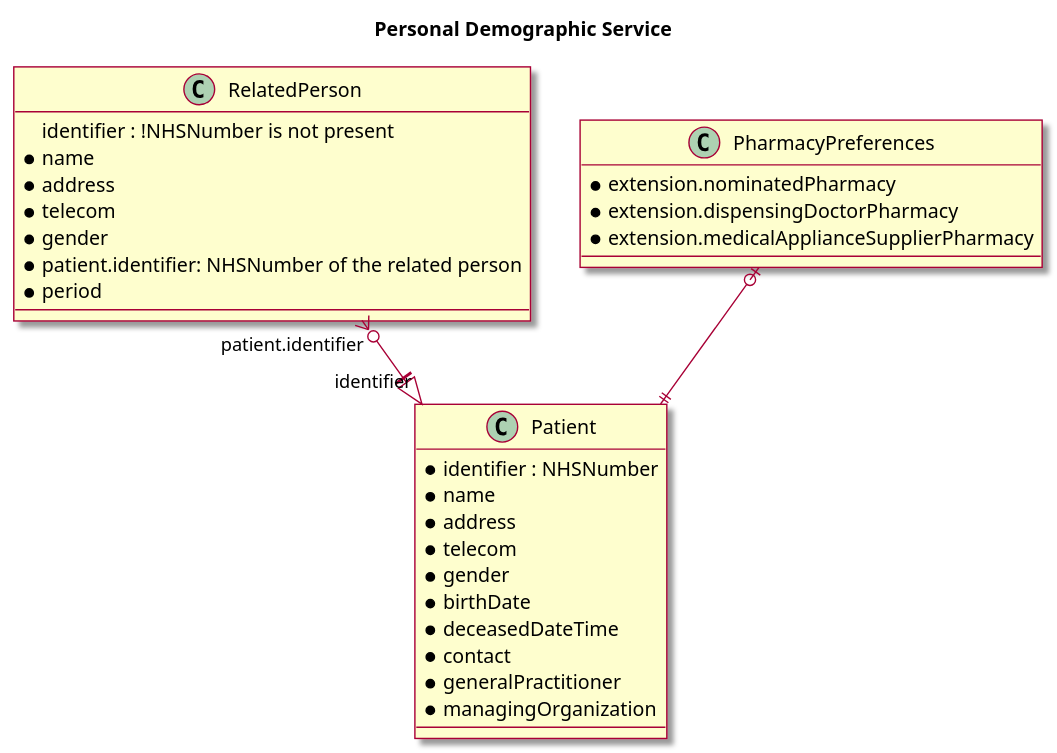
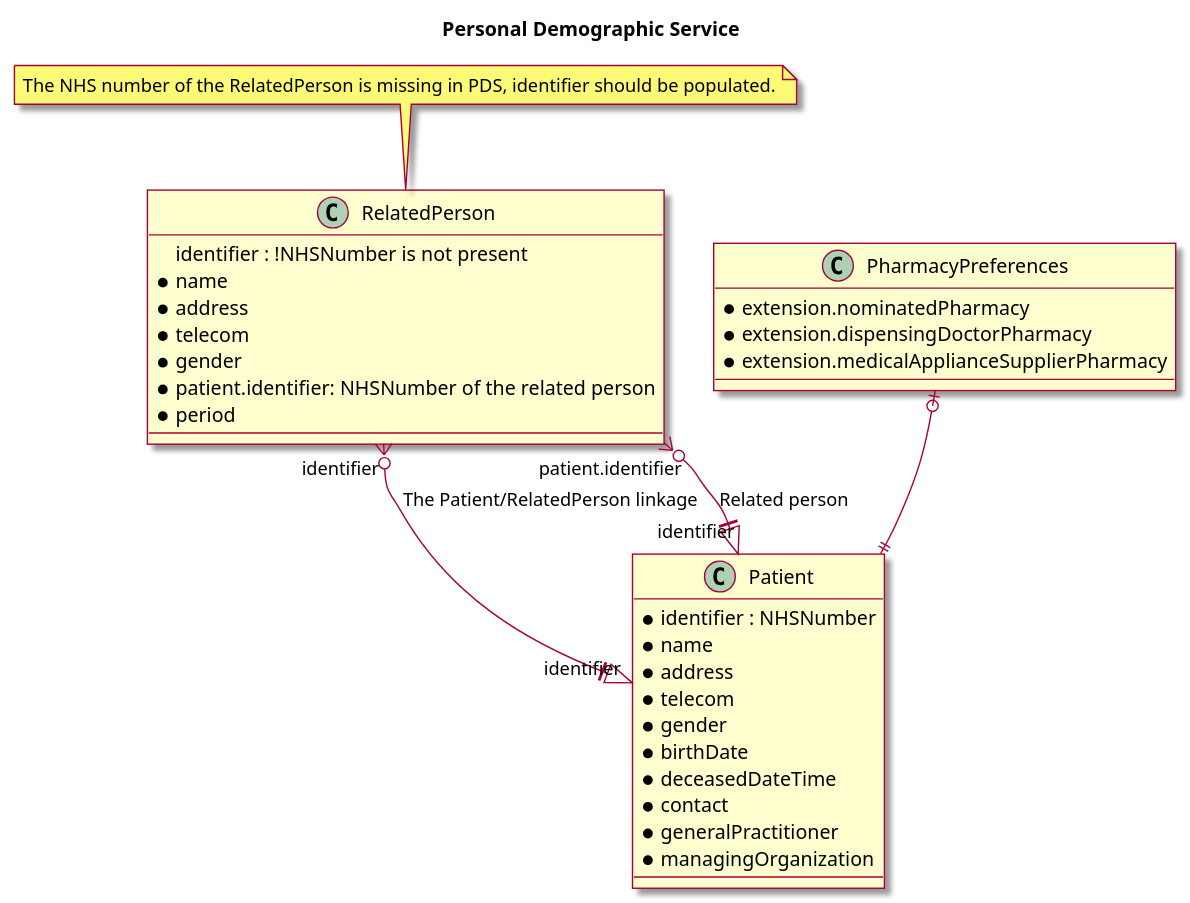
Before and after one commit to NHSDigital/interoperability-standards-documentation: the diagram in input/images-source/personal-demographic-service-relationship.plantuml, drawn with PlantUML.

Commit message:
PDS entity diagram

```diff
--- a/input/images-source/personal-demographic-service-relationship.plantuml
+++ b/input/images-source/personal-demographic-service-relationship.plantuml
@@ -1,39 +1,44 @@
 @startuml
 
 skin rose
 
 title Personal Demographic Service
 
 class Patient {
   * identifier : NHSNumber
   * name
   * address
   * telecom
   * gender
   * birthDate
   * deceasedDateTime
   * contact
   * generalPractitioner
   * managingOrganization
 }
 
 class RelatedPerson {
   identifier : !NHSNumber is not present
   * name
   * address
   * telecom
   * gender
   * patient.identifier: NHSNumber of the related person
   * period
 }
 
 class PharmacyPreferences {
   * extension.nominatedPharmacy
   * extension.dispensingDoctorPharmacy
   * extension.medicalApplianceSupplierPharmacy
 }
 
-RelatedPerson "patient.identifier" }o--||> "identifier" Patient
+RelatedPerson "identifier" }o--||> "identifier" Patient: The Patient/RelatedPerson linkage
+RelatedPerson "patient.identifier" }o--||> "identifier" Patient : Related person
 PharmacyPreferences |o--|| Patient
 
+note "The NHS number of the RelatedPerson is missing in PDS, identifier should be populated." as PDS
+
+PDS .. RelatedPerson
+
 @enduml
```
